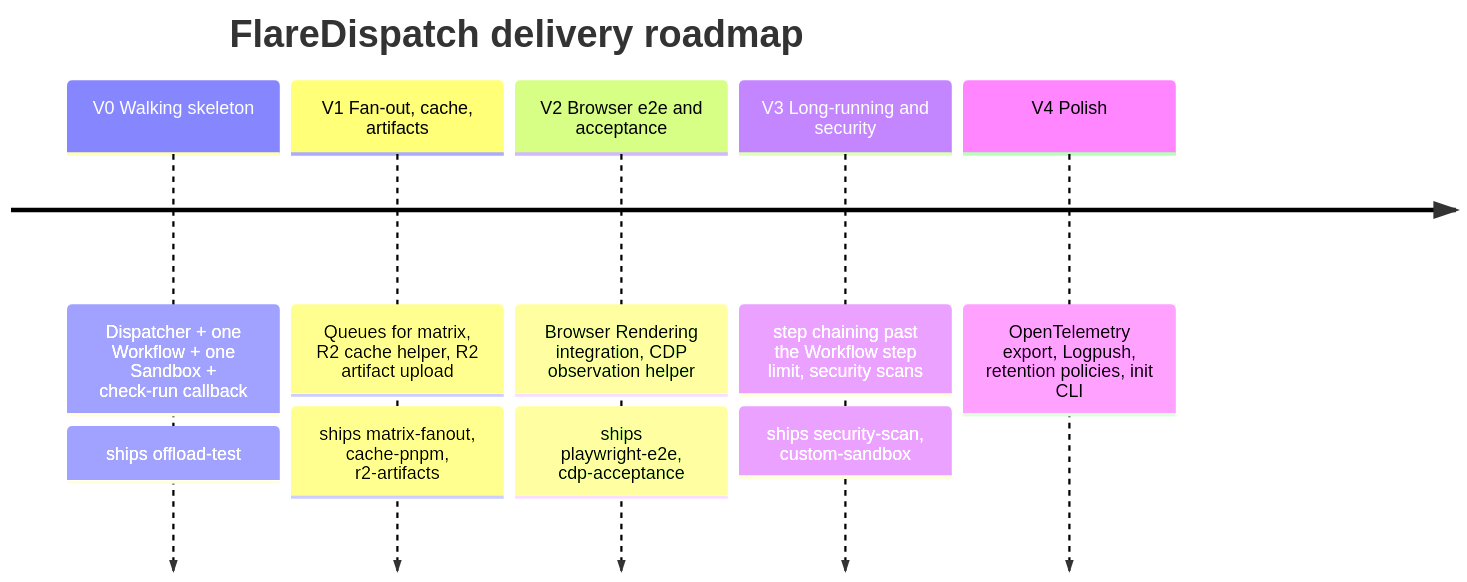
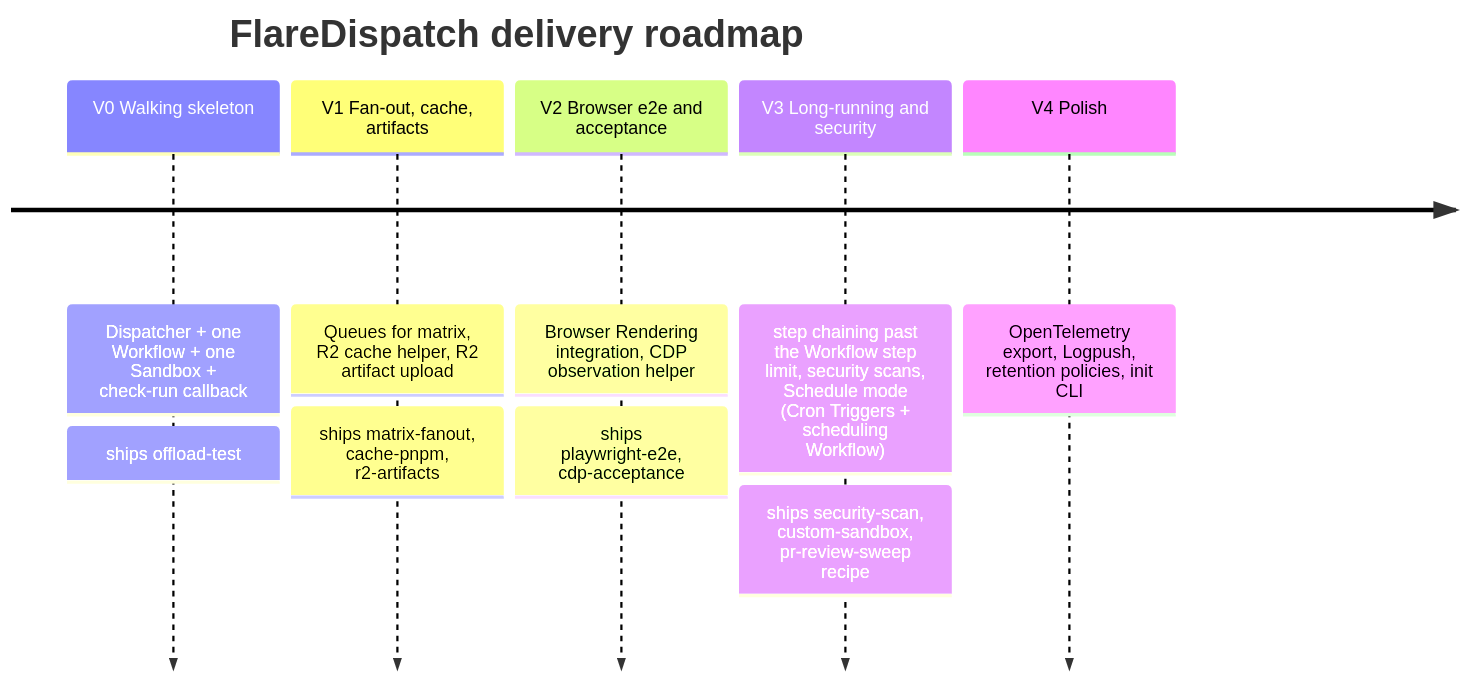
Before and after one commit to OpenHackersClub/flare-dispatch: the diagram in specs/pm/plan.md, drawn with Mermaid. The commit also changed other lines of this file and 16 other files, not shown here.

````diff
--- a/specs/pm/plan.md
+++ b/specs/pm/plan.md
@@ -9,9 +9,9 @@
 ```mermaid
 timeline
   title FlareDispatch delivery roadmap
   V0 Walking skeleton : Dispatcher + one Workflow + one Sandbox + check-run callback : ships offload-test
   V1 Fan-out, cache, artifacts : Queues for matrix, R2 cache helper, R2 artifact upload : ships matrix-fanout, cache-pnpm, r2-artifacts
   V2 Browser e2e and acceptance : Browser Rendering integration, CDP observation helper : ships playwright-e2e, cdp-acceptance
-  V3 Long-running and security : step chaining past the Workflow step limit, security scans : ships security-scan, custom-sandbox
+  V3 Long-running and security : step chaining past the Workflow step limit, security scans, Schedule mode (Cron Triggers + scheduling Workflow) : ships security-scan, custom-sandbox, pr-review-sweep recipe
   V4 Polish : OpenTelemetry export, Logpush, retention policies, init CLI
 ```
````
